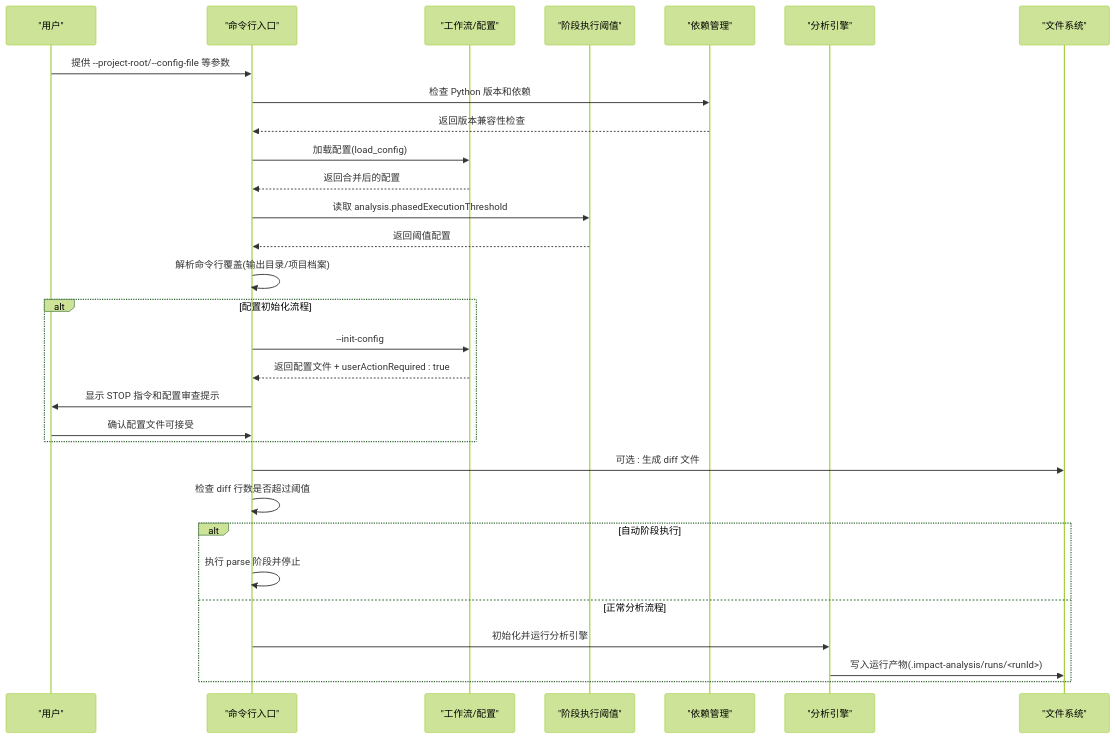
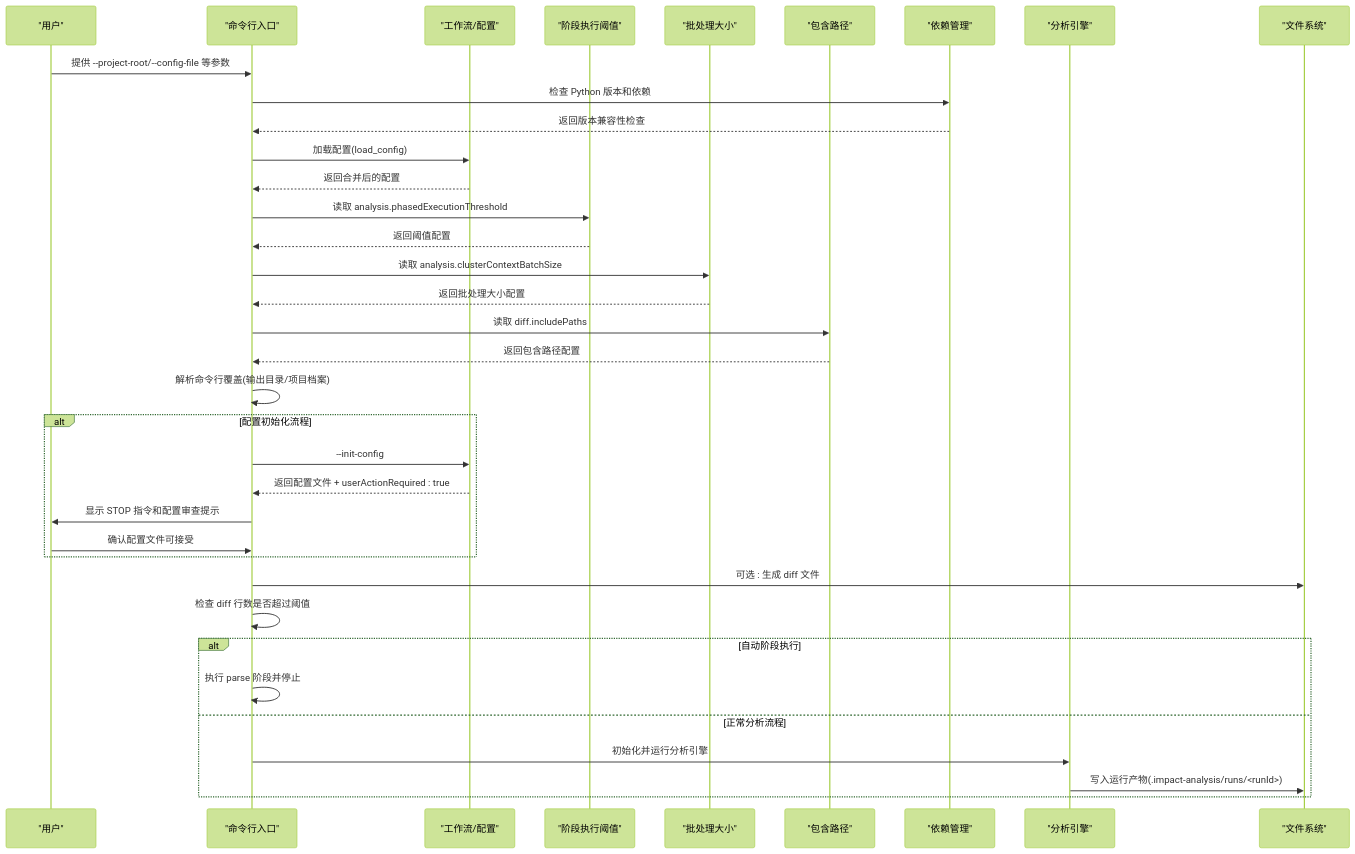
One commit to brand-new-remo/frontend-impact-analyzer changed the second of 3 diagrams in .qoder/repowiki/zh/content/API参考/配置选项.md. Above: the diagram before and after it, drawn with Mermaid (forest theme). The commit also changed other lines of this file and 13 other files, not shown here.

````diff
--- a/.qoder/repowiki/zh/content/API参考/配置选项.md
+++ b/.qoder/repowiki/zh/content/API参考/配置选项.md
@@ -99,32 +105,38 @@
 ```mermaid
 sequenceDiagram
 participant U as "用户"
 participant CLI as "命令行入口"
 participant WF as "工作流/配置"
 participant PH as "阶段执行阈值"
+participant CB as "批处理大小"
+participant IP as "包含路径"
 participant UV as "依赖管理"
 participant ENG as "分析引擎"
 participant FS as "文件系统"
 U->>CLI : 提供 --project-root/--config-file 等参数
 CLI->>UV : 检查 Python 版本和依赖
 UV-->>CLI : 返回版本兼容性检查
 CLI->>WF : 加载配置(load_config)
 WF-->>CLI : 返回合并后的配置
 CLI->>PH : 读取 analysis.phasedExecutionThreshold
 PH-->>CLI : 返回阈值配置
+CLI->>CB : 读取 analysis.clusterContextBatchSize
+CB-->>CLI : 返回批处理大小配置
+CLI->>IP : 读取 diff.includePaths
+IP-->>CLI : 返回包含路径配置
 CLI->>CLI : 解析命令行覆盖(输出目录/项目档案)
 alt 配置初始化流程
 CLI->>WF : --init-config
 WF-->>CLI : 返回配置文件 + userActionRequired : true
 CLI->>U : 显示 STOP 指令和配置审查提示
 U->>CLI : 确认配置文件可接受
 end
 CLI->>FS : 可选 : 生成 diff 文件
 CLI->>CLI : 检查 diff 行数是否超过阈值
 alt 自动阶段执行
 CLI->>CLI : 执行 parse 阶段并停止
 else 正常分析流程
 CLI->>ENG : 初始化并运行分析引擎
 ENG->>FS : 写入运行产物(.impact-analysis/runs/<runId>)
 end
 ```
````
